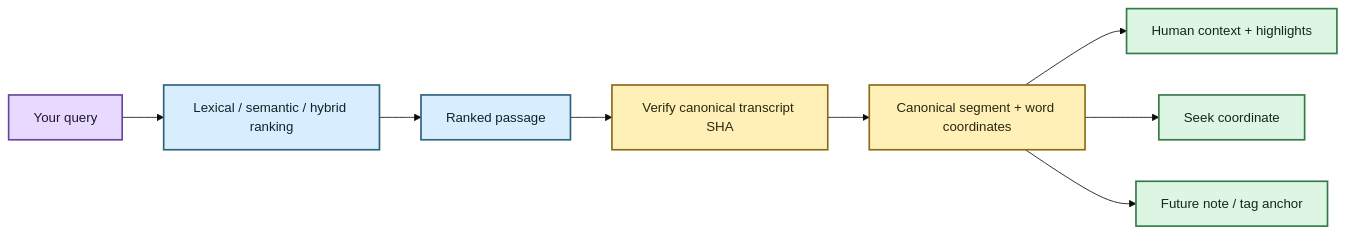
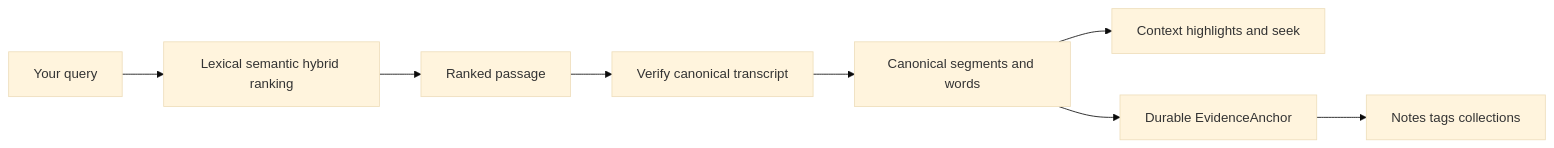
One commit to SSD1805/EchoFlow changed the first of 2 diagrams in docs/evidence-navigation.md. Above: the diagram before and after it, drawn with Mermaid (base theme). The commit also changed other lines of this file, not shown here.

Commit message:
docs: connect evidence navigation to durable notes

````diff
--- a/docs/evidence-navigation.md
+++ b/docs/evidence-navigation.md
@@ -14,20 +14,10 @@
 ```mermaid
 flowchart LR
-    Q[Your query] --> R[Lexical / semantic / hybrid ranking]
-    R --> P[Ranked passage]
-    P --> V[Verify canonical transcript SHA]
-    V --> E[Canonical segment + word coordinates]
-    E --> H[Human context + highlights]
-    E --> S[Seek coordinate]
-    E --> N[Future note / tag anchor]
-
-    classDef query fill:#E8D9FF,stroke:#68469B,stroke-width:2px,color:#1F1630
-    classDef derived fill:#D8EEFF,stroke:#2E617B,stroke-width:2px,color:#12222A
-    classDef evidence fill:#FFF0B8,stroke:#8A6B18,stroke-width:2px,color:#2C260F
-    classDef view fill:#DDF5E3,stroke:#347A46,stroke-width:2px,color:#142719
-
-    class Q query
-    class R,P derived
-    class V,E evidence
-    class H,S,N view
+    A[Your query] --> B[Lexical semantic hybrid ranking]
+    B --> C[Ranked passage]
+    C --> D[Verify canonical transcript]
+    D --> E[Canonical segments and words]
+    E --> F[Context highlights and seek]
+    E --> G[Durable EvidenceAnchor]
+    G --> H[Notes tags collections]
 ```
````
